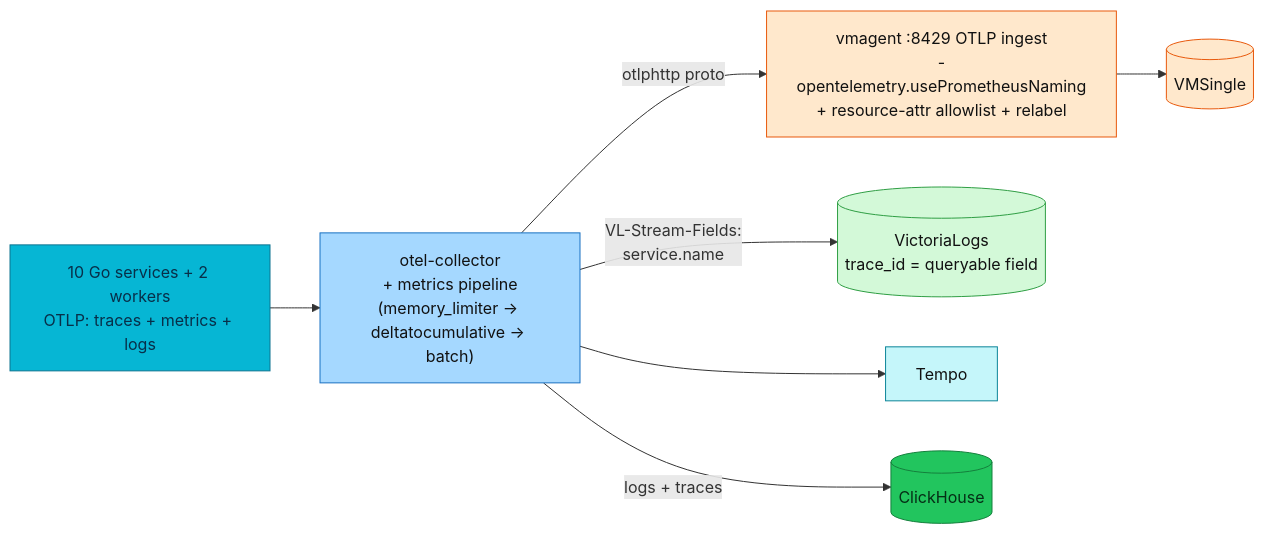
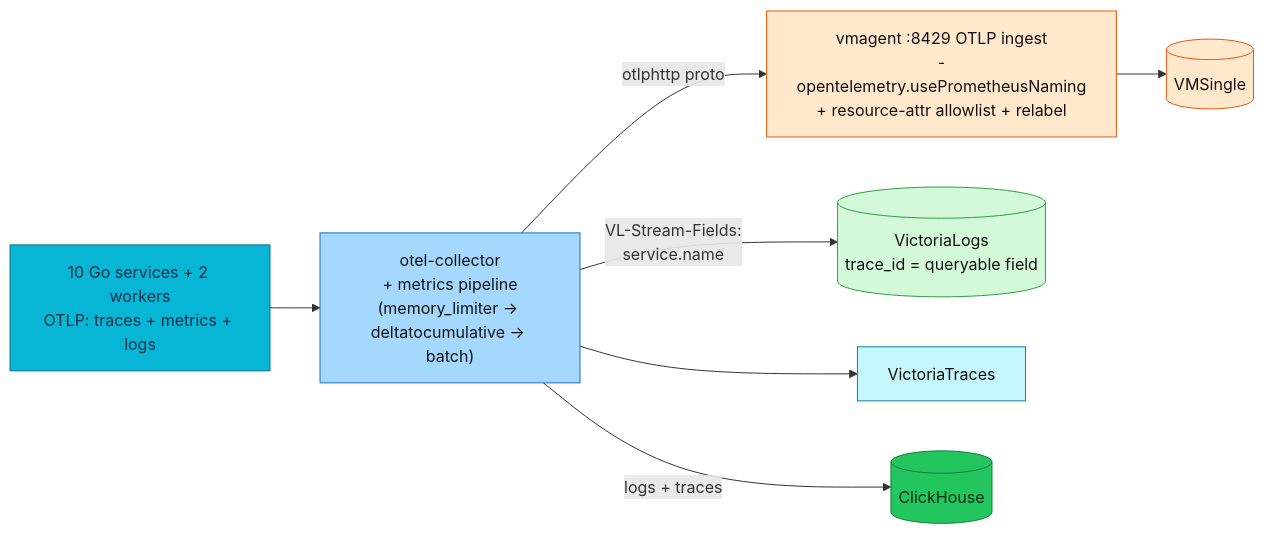
Before and after one commit to duynhlab/homelab: the second of 2 diagrams in docs/observability/opentelemetry/README.md, drawn with Mermaid. The commit also changed other lines of this file and 57 other files, not shown here.

````diff
--- a/docs/observability/opentelemetry/README.md
+++ b/docs/observability/opentelemetry/README.md
@@ -160,22 +162,22 @@
 ```mermaid
 flowchart LR
     SVC2["10 Go services + 2 workers<br/>OTLP: traces + metrics + logs"] --> COL2["otel-collector<br/>+ metrics pipeline<br/>(memory_limiter → deltatocumulative → batch)"]
     COL2 -->|"otlphttp proto"| VMA["vmagent :8429 OTLP ingest<br/>-opentelemetry.usePrometheusNaming<br/>+ resource-attr allowlist + relabel"]
     VMA --> VMS[("VMSingle")]
     COL2 -->|"VL-Stream-Fields:<br/>service.name"| VLX[("VictoriaLogs<br/>trace_id = queryable field")]
-    COL2 --> T3["Tempo"]
+    COL2 --> T3["VictoriaTraces"]
     COL2 -->|"logs + traces"| CH3[("ClickHouse")]
 
     classDef app fill:#06b6d4,color:#082f49,stroke:#0e7490;
     classDef otc fill:#a5d8ff,color:#111,stroke:#1971c2;
     classDef metric fill:#ffe8cc,color:#111,stroke:#e8590c;
     classDef log fill:#d3f9d8,color:#111,stroke:#2f9e44;
     classDef trace fill:#c5f6fa,color:#111,stroke:#0c8599;
     classDef data fill:#22c55e,color:#052e16,stroke:#15803d;
     class SVC2 app;
     class COL2 otc;
     class VMA,VMS metric;
     class VLX log;
     class T3 trace;
     class CH3 data;
 ```
````
